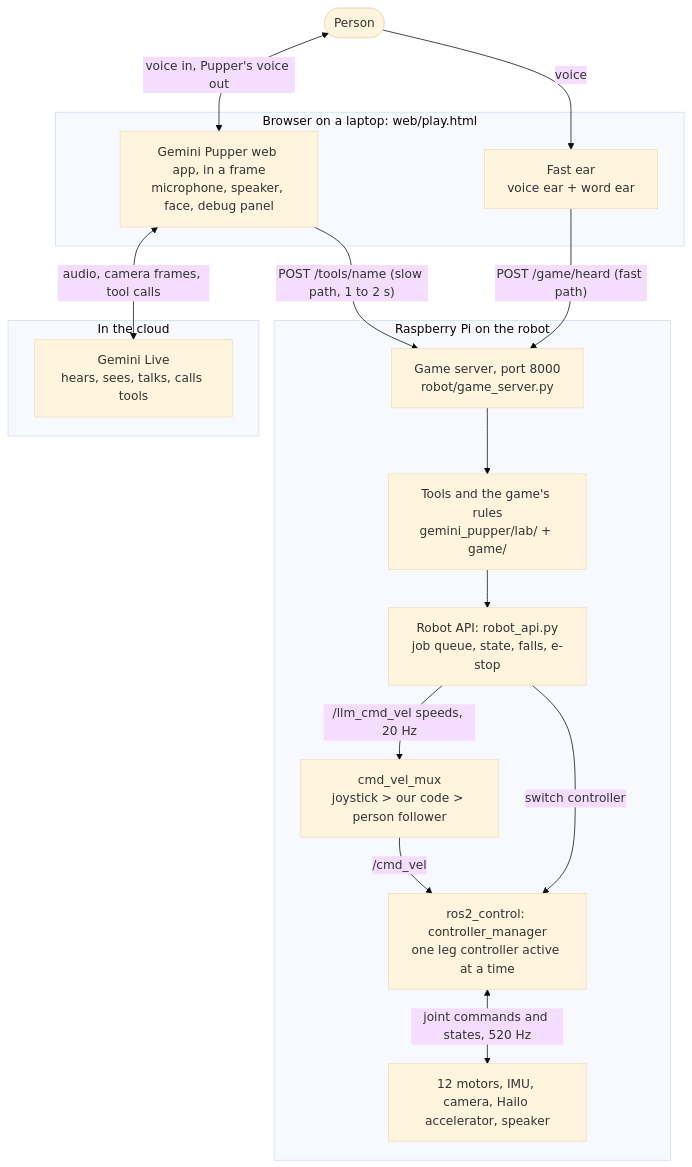
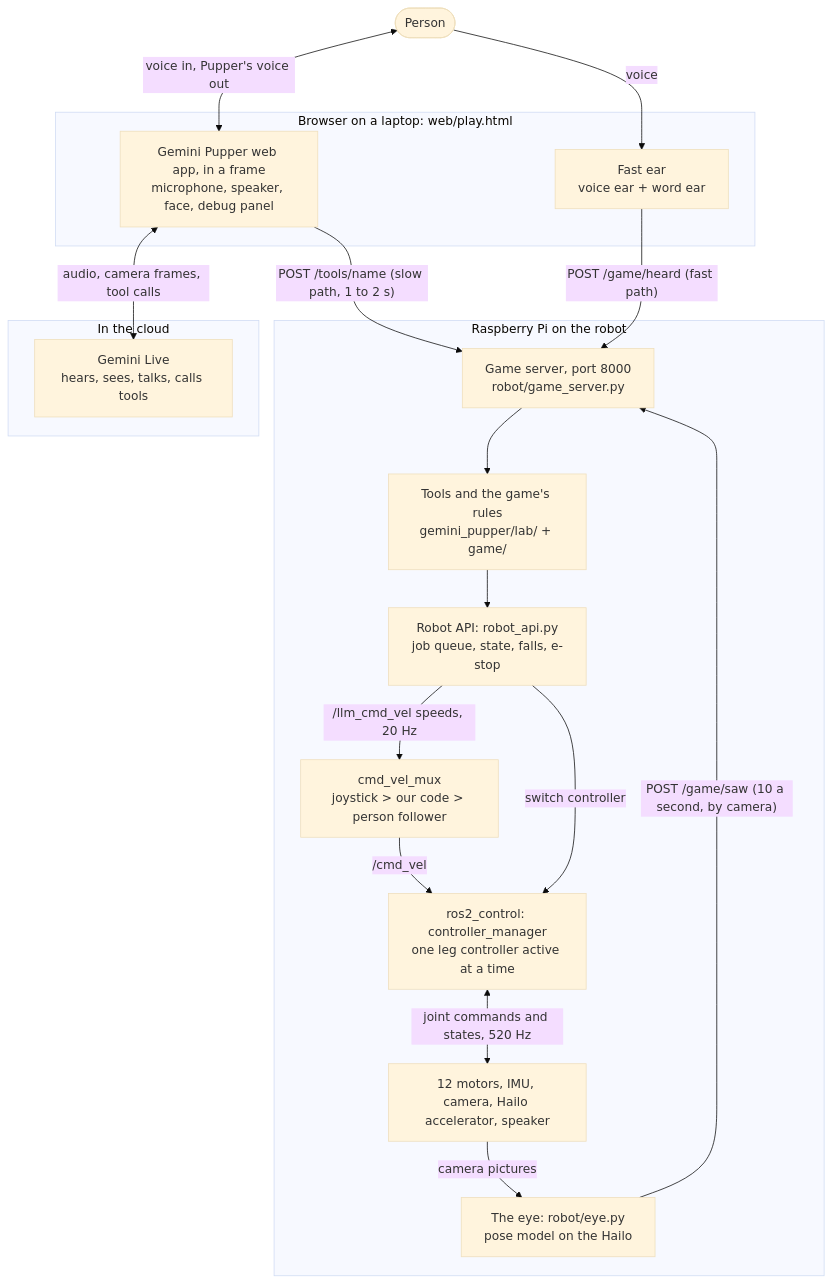
Before and after one commit to edhan-1/cs123_final_project: the first of 5 diagrams in docs/architecture.md, drawn with Mermaid (base theme). The commit also changed other lines of this file and 13 other files, not shown here.

````diff
--- a/docs/architecture.md
+++ b/docs/architecture.md
@@ -13,28 +13,31 @@
 ```mermaid
 flowchart TB
     Person([Person])
     subgraph Cloud["In the cloud"]
         Gemini["Gemini Live<br/>hears, sees, talks, calls tools"]
     end
     subgraph Browser["Browser on a laptop: web/play.html"]
         App["Gemini Pupper web app, in a frame<br/>microphone, speaker, face, debug panel"]
         Ear["Fast ear<br/>voice ear + word ear"]
     end
     subgraph Pi["Raspberry Pi on the robot"]
         Server["Game server, port 8000<br/>robot/game_server.py"]
+        Eye["The eye: robot/eye.py<br/>pose model on the Hailo"]
         Tools["Tools and the game's rules<br/>gemini_pupper/lab/ + game/"]
         API["Robot API: robot_api.py<br/>job queue, state, falls, e-stop"]
         Mux["cmd_vel_mux<br/>joystick > our code > person follower"]
         Ctl["ros2_control: controller_manager<br/>one leg controller active at a time"]
         HW["12 motors, IMU, camera, Hailo accelerator, speaker"]
     end
     Person <-->|voice in, Pupper's voice out| App
     Person -->|voice| Ear
     App <-->|audio, camera frames, tool calls| Gemini
     App -->|"POST /tools/name (slow path, 1 to 2 s)"| Server
     Ear -->|"POST /game/heard (fast path)"| Server
+    HW -->|camera pictures| Eye
+    Eye -->|"POST /game/saw (10 a second, by camera)"| Server
     Server --> Tools --> API
     API -->|/llm_cmd_vel speeds, 20 Hz| Mux -->|/cmd_vel| Ctl
     API -->|switch controller| Ctl
     Ctl <-->|joint commands and states, 520 Hz| HW
 ```
````
